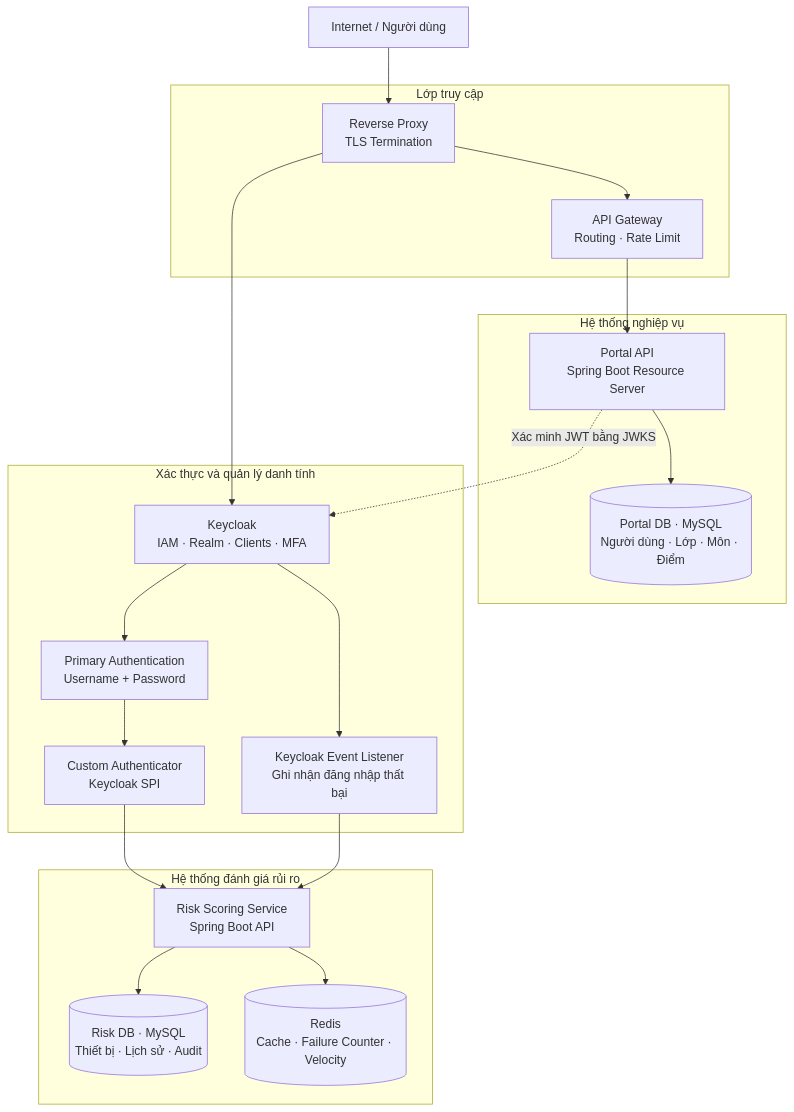
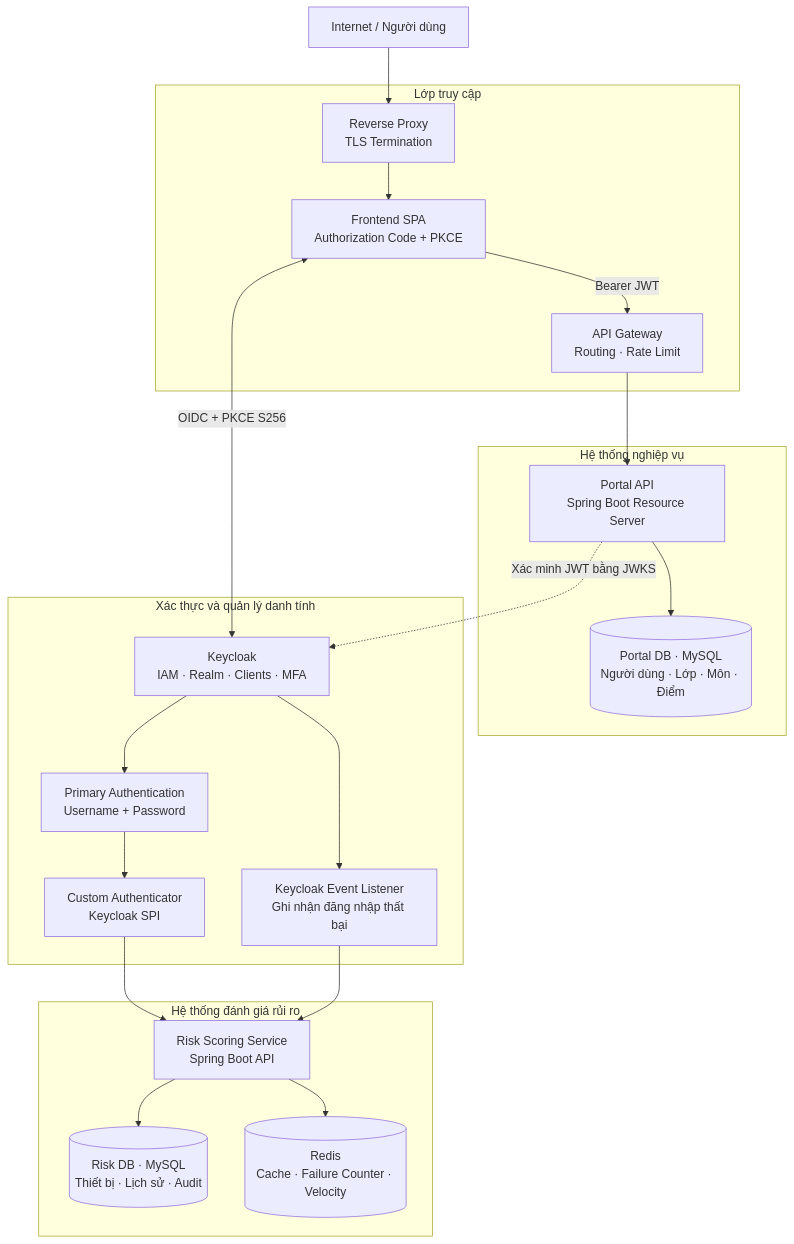
One commit to NguyenTruong-An/zerotrust changed the first of 2 diagrams in ARCHITECTURE.md. Above: the diagram before and after it, drawn with Mermaid. The commit also changed other lines of this file and 37 other files, not shown here.

Commit message:
spa+pkce

````diff
--- a/ARCHITECTURE.md
+++ b/ARCHITECTURE.md
@@ -18,29 +18,30 @@
 ```mermaid
 flowchart TB
     USER["Internet / Người dùng"] --> RP["Reverse Proxy<br/>TLS Termination"]
 
     subgraph ACCESS["Lớp truy cập"]
-        RP --> GW["API Gateway<br/>Routing · Rate Limit"]
+        RP --> SPA["Frontend SPA<br/>Authorization Code + PKCE"]
+        SPA -->|"Bearer JWT"| GW["API Gateway<br/>Routing · Rate Limit"]
     end
 
     subgraph PORTAL["Hệ thống nghiệp vụ"]
         GW --> APP["Portal API<br/>Spring Boot Resource Server"]
         APP --> PDB[("Portal DB · MySQL<br/>Người dùng · Lớp · Môn · Điểm")]
     end
 
     subgraph IAM["Xác thực và quản lý danh tính"]
-        RP --> KC["Keycloak<br/>IAM · Realm · Clients · MFA"]
+        SPA <-->|"OIDC + PKCE S256"| KC["Keycloak<br/>IAM · Realm · Clients · MFA"]
         KC --> PA["Primary Authentication<br/>Username + Password"]
         PA --> SPI["Custom Authenticator<br/>Keycloak SPI"]
         KC --> EL["Keycloak Event Listener<br/>Ghi nhận đăng nhập thất bại"]
     end
 
     subgraph RISK["Hệ thống đánh giá rủi ro"]
         SPI --> RS["Risk Scoring Service<br/>Spring Boot API"]
         EL --> RS
         RS --> RDB[("Risk DB · MySQL<br/>Thiết bị · Lịch sử · Audit")]
         RS --> REDIS[("Redis<br/>Cache · Failure Counter · Velocity")]
     end
 
     APP -. "Xác minh JWT bằng JWKS" .-> KC
 ```
````
